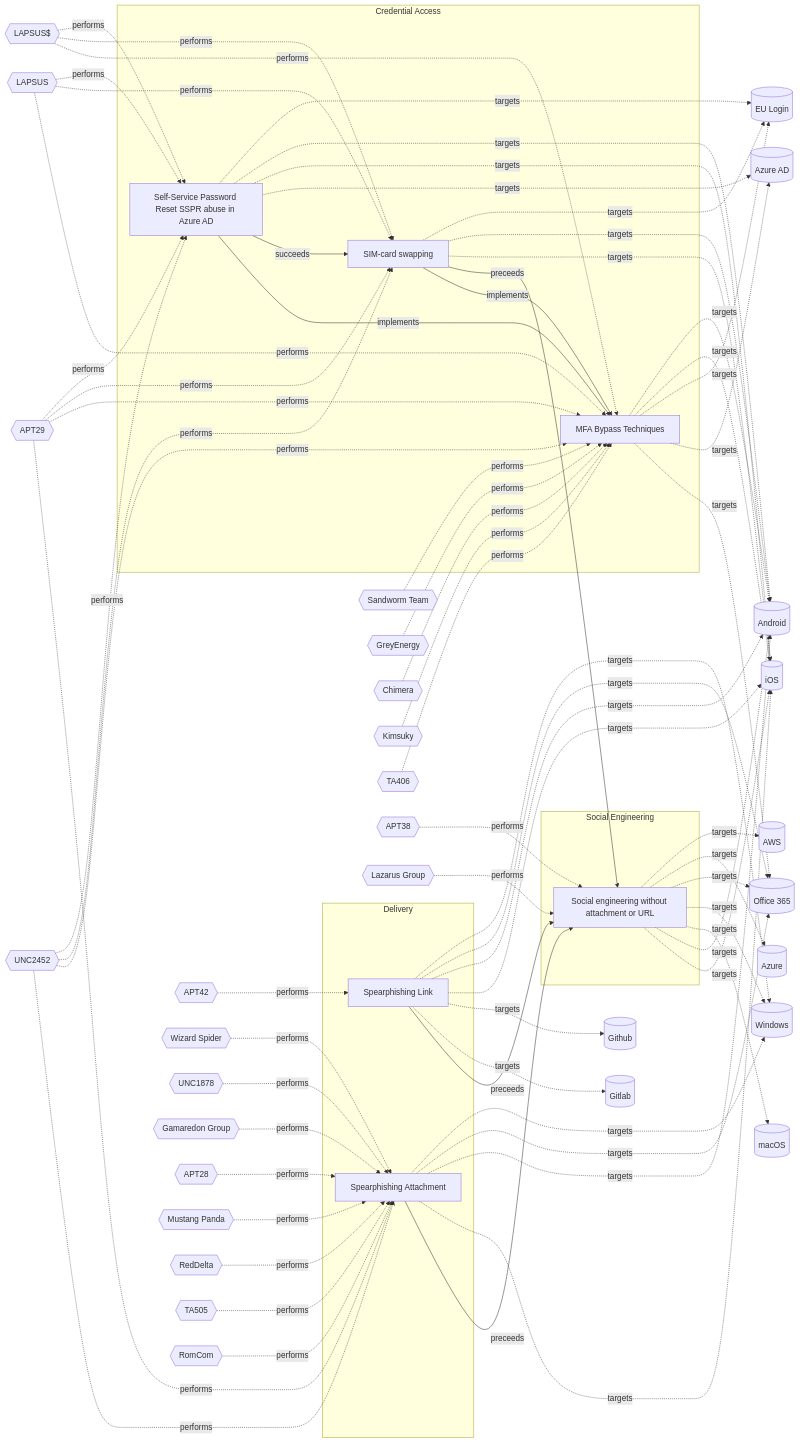
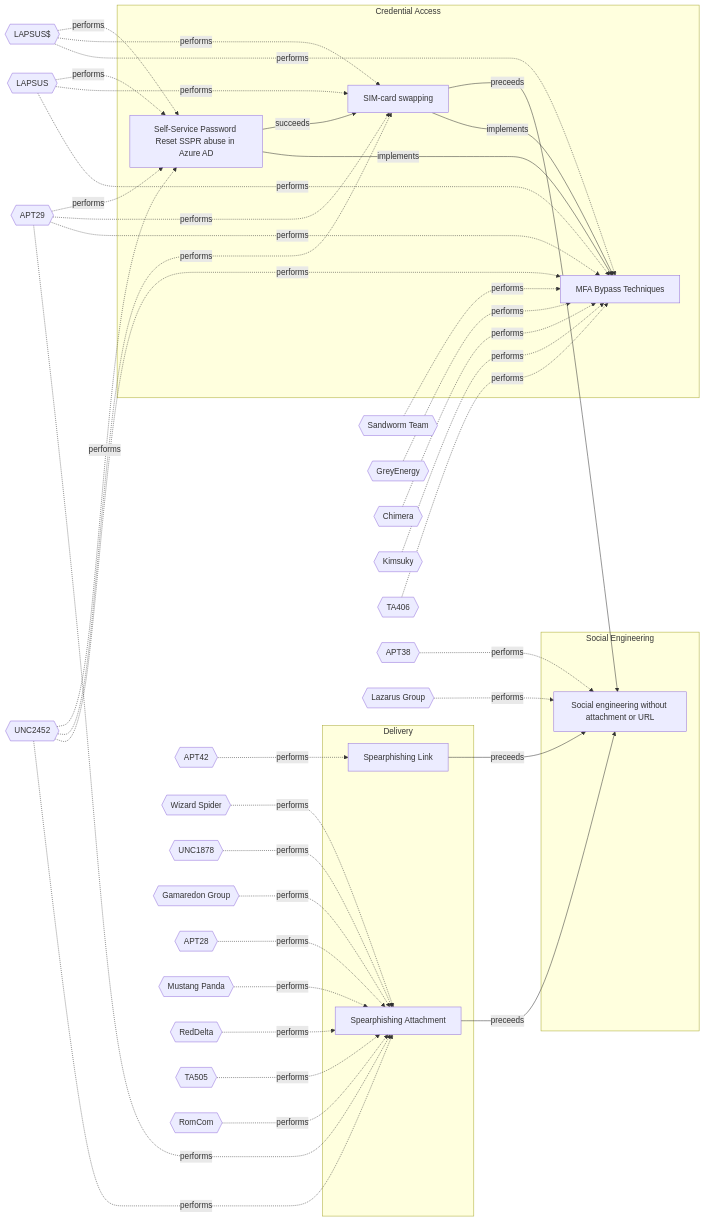
One commit to OpenTideHQ/WikiTide changed the diagram in Models/Threat Vectors/☣️ SIM-card swapping.md. Above: the diagram before and after it, drawn with Mermaid. The commit also changed other lines of this file and 232 other files, not shown here.

```diff
--- a/Models/Threat Vectors/☣️ SIM-card swapping.md
+++ b/Models/Threat Vectors/☣️ SIM-card swapping.md
@@ -96,17 +96,6 @@
 dd5d942c-bac4-4000-b9a6-ca4fef6cfb84
 end
 
-EULogin[(EU Login)]
-Android[(Android)]
-iOS[(iOS)]
-AzureAD[(Azure AD)]
-Office365[(Office 365)]
-AWS[(AWS)]
-Azure[(Azure)]
-Windows[(Windows)]
-macOS[(macOS)]
-Github[(Github)]
-Gitlab[(Gitlab)]
 LAPSUS${{LAPSUS$}}
 LAPSUS{{LAPSUS}}
 APT29{{APT29}}
@@ -128,35 +117,6 @@
 TA505{{TA505}}
 RomCom{{RomCom}}
 
-a1a17bd4-ec7e-4302-aedf-96ee7c436065 -.->|targets| EULogin
-a1a17bd4-ec7e-4302-aedf-96ee7c436065 -.->|targets| Android
-a1a17bd4-ec7e-4302-aedf-96ee7c436065 -.->|targets| iOS
-a1a17bd4-ec7e-4302-aedf-96ee7c436065 -.->|targets| AzureAD
-6a7a493a-511a-4c9d-aa9c-4427c832a322 -.->|targets| EULogin
-6a7a493a-511a-4c9d-aa9c-4427c832a322 -.->|targets| Android
-6a7a493a-511a-4c9d-aa9c-4427c832a322 -.->|targets| iOS
-4a807ac4-f764-41b1-ae6f-94239041d349 -.->|targets| Android
-4a807ac4-f764-41b1-ae6f-94239041d349 -.->|targets| iOS
-4a807ac4-f764-41b1-ae6f-94239041d349 -.->|targets| EULogin
-4a807ac4-f764-41b1-ae6f-94239041d349 -.->|targets| AzureAD
-4a807ac4-f764-41b1-ae6f-94239041d349 -.->|targets| Office365
-0cdaee96-8595-4f3f-ba07-758b8be9d359 -.->|targets| AWS
-0cdaee96-8595-4f3f-ba07-758b8be9d359 -.->|targets| Azure
-0cdaee96-8595-4f3f-ba07-758b8be9d359 -.->|targets| Office365
-0cdaee96-8595-4f3f-ba07-758b8be9d359 -.->|targets| Windows
-0cdaee96-8595-4f3f-ba07-758b8be9d359 -.->|targets| macOS
-0cdaee96-8595-4f3f-ba07-758b8be9d359 -.->|targets| Android
-0cdaee96-8595-4f3f-ba07-758b8be9d359 -.->|targets| iOS
-1a68b5eb-0112-424d-a21f-88dda0b6b8df -.->|targets| Windows
-1a68b5eb-0112-424d-a21f-88dda0b6b8df -.->|targets| Office365
-1a68b5eb-0112-424d-a21f-88dda0b6b8df -.->|targets| Android
-1a68b5eb-0112-424d-a21f-88dda0b6b8df -.->|targets| iOS
-1a68b5eb-0112-424d-a21f-88dda0b6b8df -.->|targets| Github
-1a68b5eb-0112-424d-a21f-88dda0b6b8df -.->|targets| Gitlab
-dd5d942c-bac4-4000-b9a6-ca4fef6cfb84 -.->|targets| Windows
-dd5d942c-bac4-4000-b9a6-ca4fef6cfb84 -.->|targets| Office365
-dd5d942c-bac4-4000-b9a6-ca4fef6cfb84 -.->|targets| Android
-dd5d942c-bac4-4000-b9a6-ca4fef6cfb84 -.->|targets| iOS
 LAPSUS$ -.-> |performs| a1a17bd4-ec7e-4302-aedf-96ee7c436065
 LAPSUS -.-> |performs| a1a17bd4-ec7e-4302-aedf-96ee7c436065
 APT29 -.-> |performs| a1a17bd4-ec7e-4302-aedf-96ee7c436065
```
